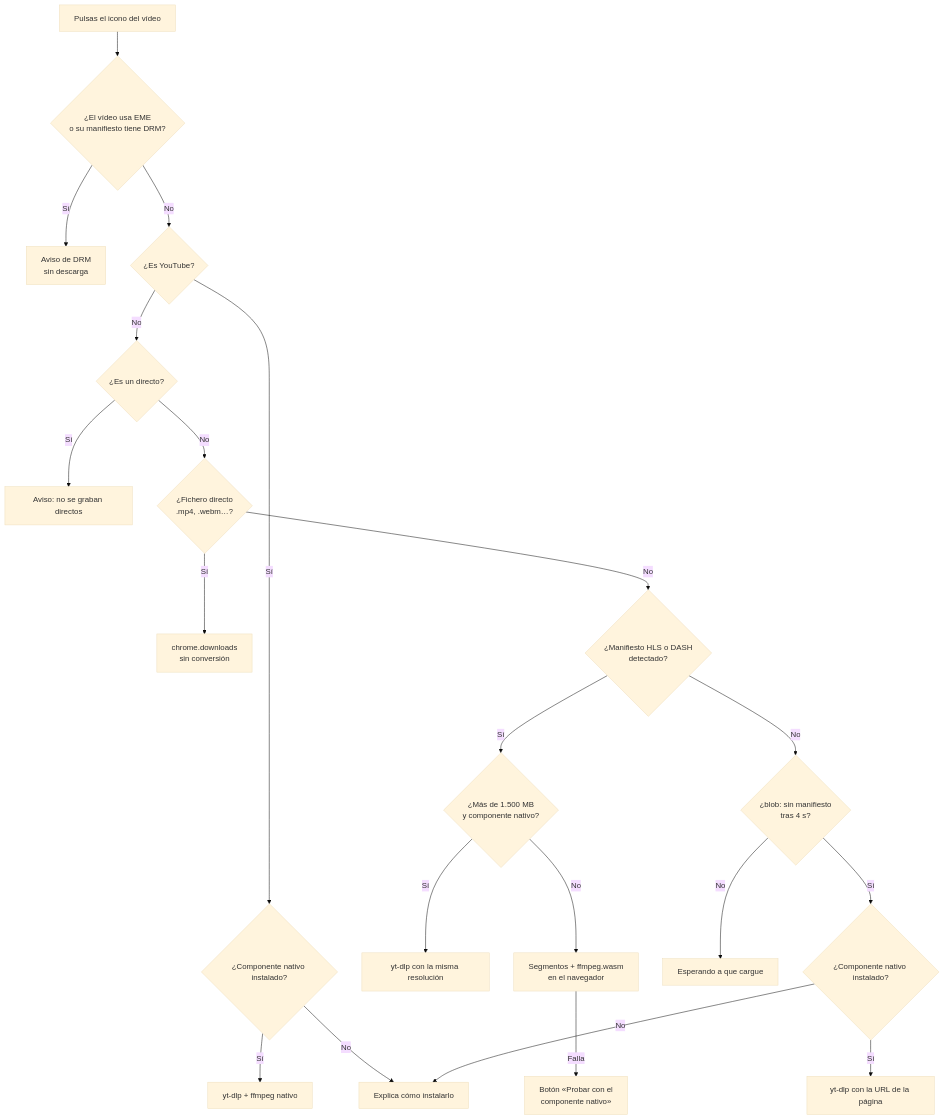
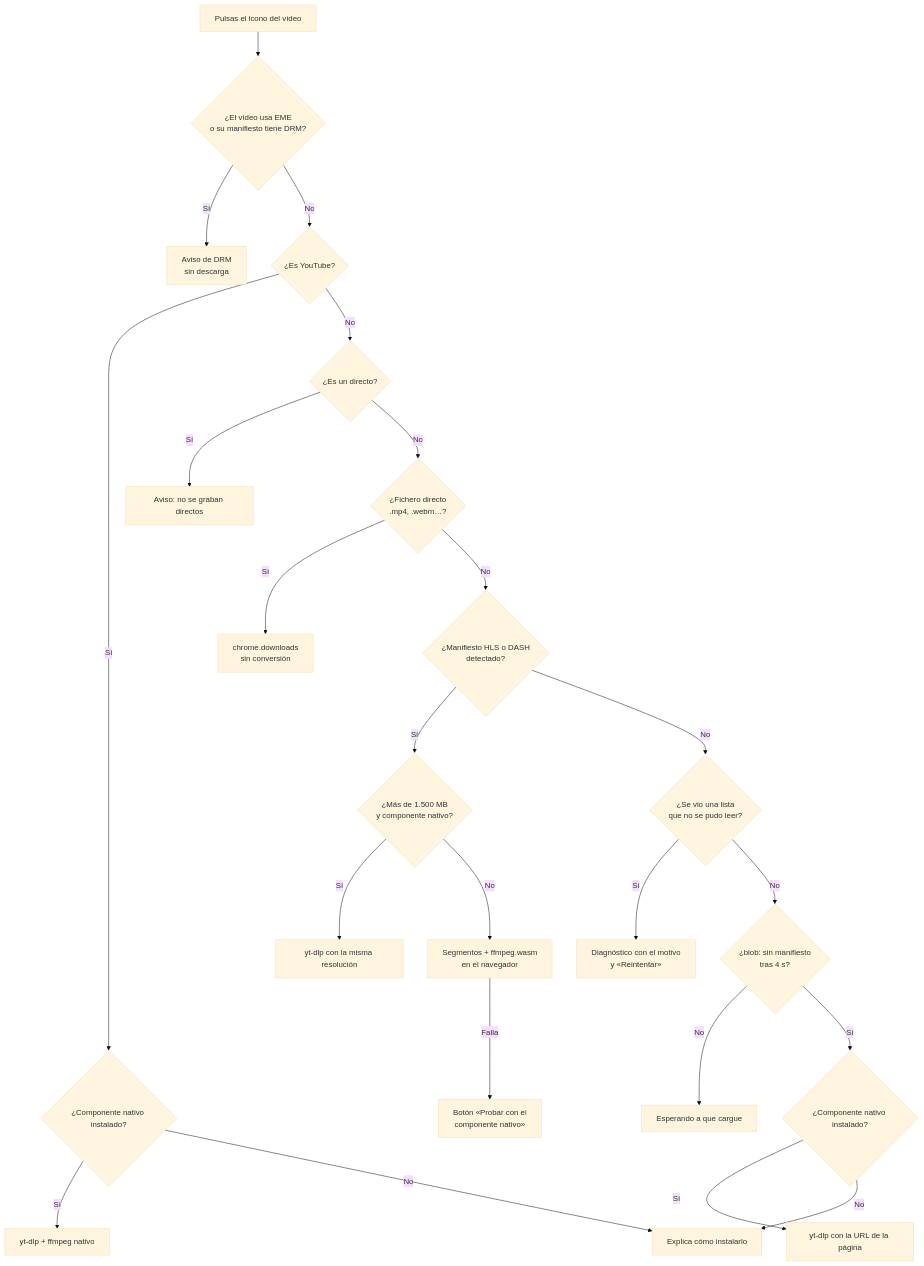
The diagram in README.md (marianogi/video-down), drawn with Mermaid (base theme) before and after one commit. The commit also changed other lines of this file and 16 other files, not shown here.

First line of the commit message:
Detección fiable al arrancar y diagnóstico cuando el vídeo no se puede leer

````diff
--- a/README.md
+++ b/README.md
@@ -183,23 +200,25 @@
 ```mermaid
 flowchart TD
     A[Pulsas el icono del vídeo] --> B{¿El vídeo usa EME<br/>o su manifiesto tiene DRM?}
     B -- Sí --> DRM[Aviso de DRM<br/>sin descarga]
     B -- No --> C{¿Es YouTube?}
     C -- Sí --> N1{¿Componente nativo instalado?}
     N1 -- Sí --> YT[yt-dlp + ffmpeg nativo]
     N1 -- No --> NEED[Explica cómo instalarlo]
     C -- No --> D{¿Es un directo?}
     D -- Sí --> LIVE[Aviso: no se graban directos]
     D -- No --> E{¿Fichero directo<br/>.mp4, .webm…?}
     E -- Sí --> DIRECT[chrome.downloads<br/>sin conversión]
     E -- No --> F{¿Manifiesto HLS o DASH<br/>detectado?}
     F -- Sí --> G{¿Más de 1.500 MB<br/>y componente nativo?}
     G -- Sí --> YT2[yt-dlp con la misma resolución]
     G -- No --> WASM[Segmentos + ffmpeg.wasm<br/>en el navegador]
     WASM -- Falla --> RETRY[Botón «Probar con el<br/>componente nativo»]
-    F -- No --> H{¿blob: sin manifiesto<br/>tras 4 s?}
+    F -- No --> X{¿Se vio una lista<br/>que no se pudo leer?}
+    X -- Sí --> DIAG[Diagnóstico con el motivo<br/>y «Reintentar»]
+    X -- No --> H{¿blob: sin manifiesto<br/>tras 4 s?}
     H -- No --> WAIT[Esperando a que cargue]
     H -- Sí --> N2{¿Componente nativo instalado?}
     N2 -- Sí --> GEN[yt-dlp con la URL de la página]
     N2 -- No --> NEED
 ```
````
